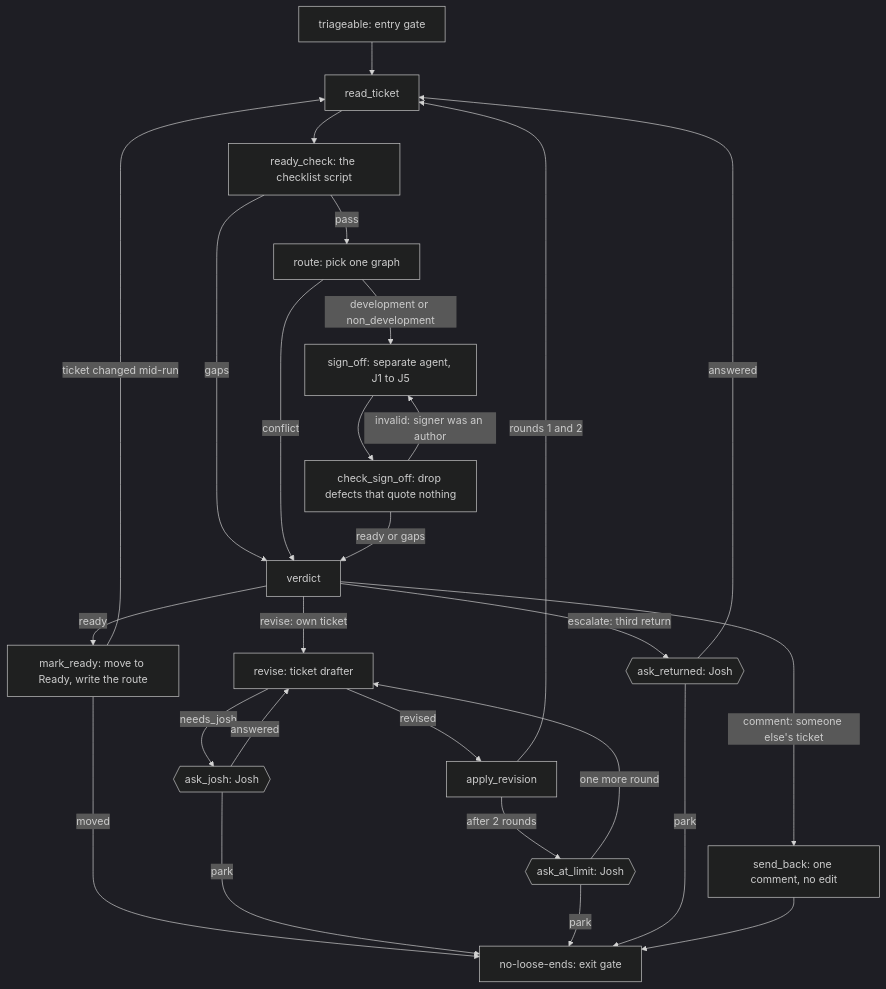
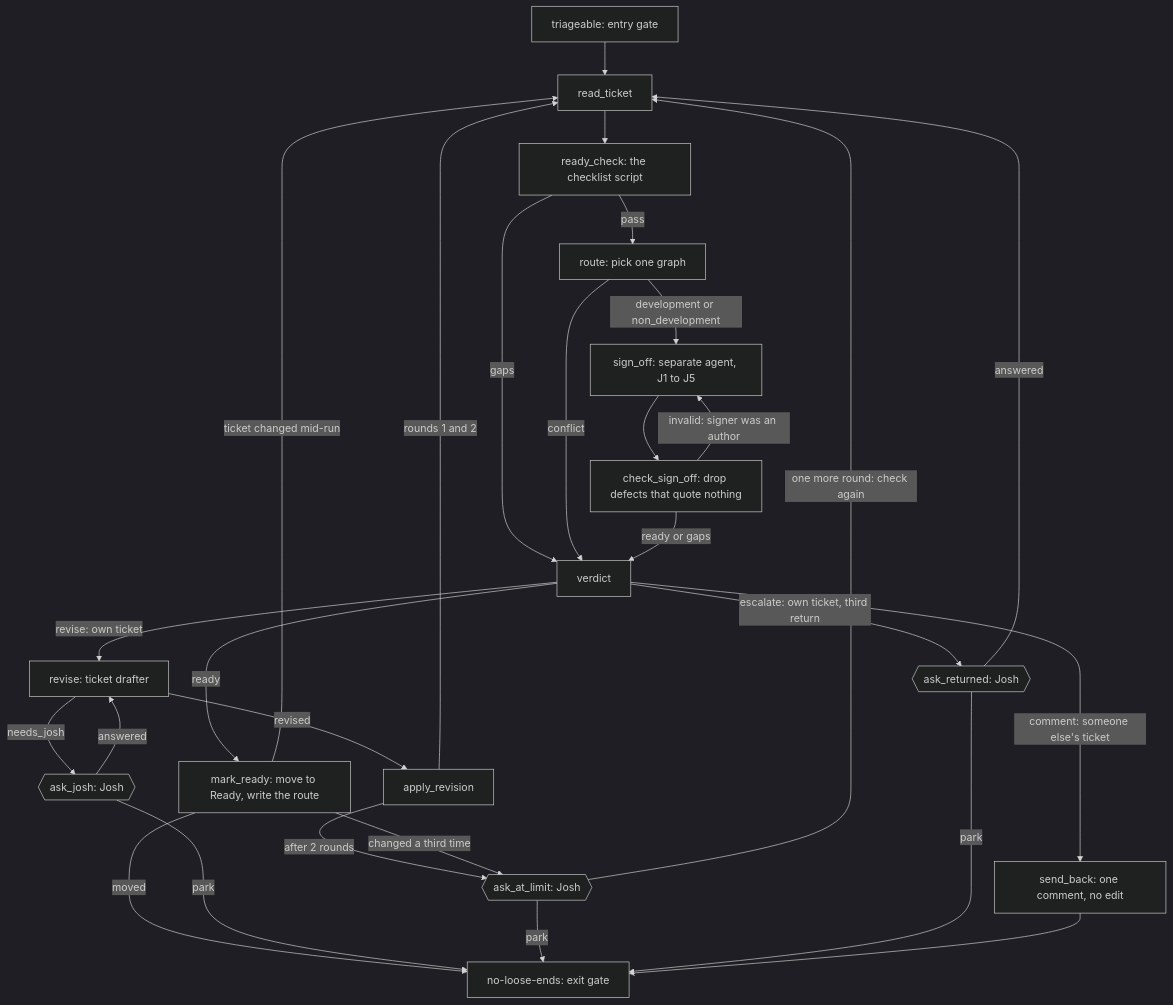
Before and after one commit to joshgilpatrick/josh-360: the second of 2 diagrams in docs/superpowers/specs/2026-11-16-triage-graph-design.md, drawn with Mermaid (dark theme). The commit also changed other lines of this file, not shown here.

First line of the commit message:
JP-103: Spec: someone else's ticket reaches Josh only as a safety limit; end_states

````diff
--- a/docs/superpowers/specs/2026-11-16-triage-graph-design.md
+++ b/docs/superpowers/specs/2026-11-16-triage-graph-design.md
@@ -60,29 +60,30 @@
 ```mermaid
 flowchart TD
   IN[triageable: entry gate] --> R[read_ticket]
   R --> RC[ready_check: the checklist script]
   RC -->|pass| RT[route: pick one graph]
   RC -->|gaps| V
   RT -->|development or non_development| SO[sign_off: separate agent, J1 to J5]
   RT -->|conflict| V
   SO --> CS[check_sign_off: drop defects that quote nothing]
   CS -->|invalid: signer was an author| SO
   CS -->|ready or gaps| V[verdict]
   V -->|ready| MR[mark_ready: move to Ready, write the route]
   MR -->|ticket changed mid-run| R
   MR -->|moved| X[no-loose-ends: exit gate]
   V -->|revise: own ticket| RV[revise: ticket drafter]
   RV -->|revised| AR[apply_revision]
   AR -->|rounds 1 and 2| R
   AR -->|after 2 rounds| AL{{ask_at_limit: Josh}}
   RV -->|needs_josh| AJ{{ask_josh: Josh}}
   AJ -->|answered| RV
   AJ -->|park| X
-  AL -->|one more round| RV
+  MR -->|changed a third time| AL
+  AL -->|one more round: check again| R
   AL -->|park| X
-  V -->|escalate: third return| AQ{{ask_returned: Josh}}
+  V -->|escalate: own ticket, third return| AQ{{ask_returned: Josh}}
   AQ -->|answered| R
   AQ -->|park| X
   V -->|comment: someone else's ticket| SB[send_back: one comment, no edit]
   SB --> X
 ```
````
